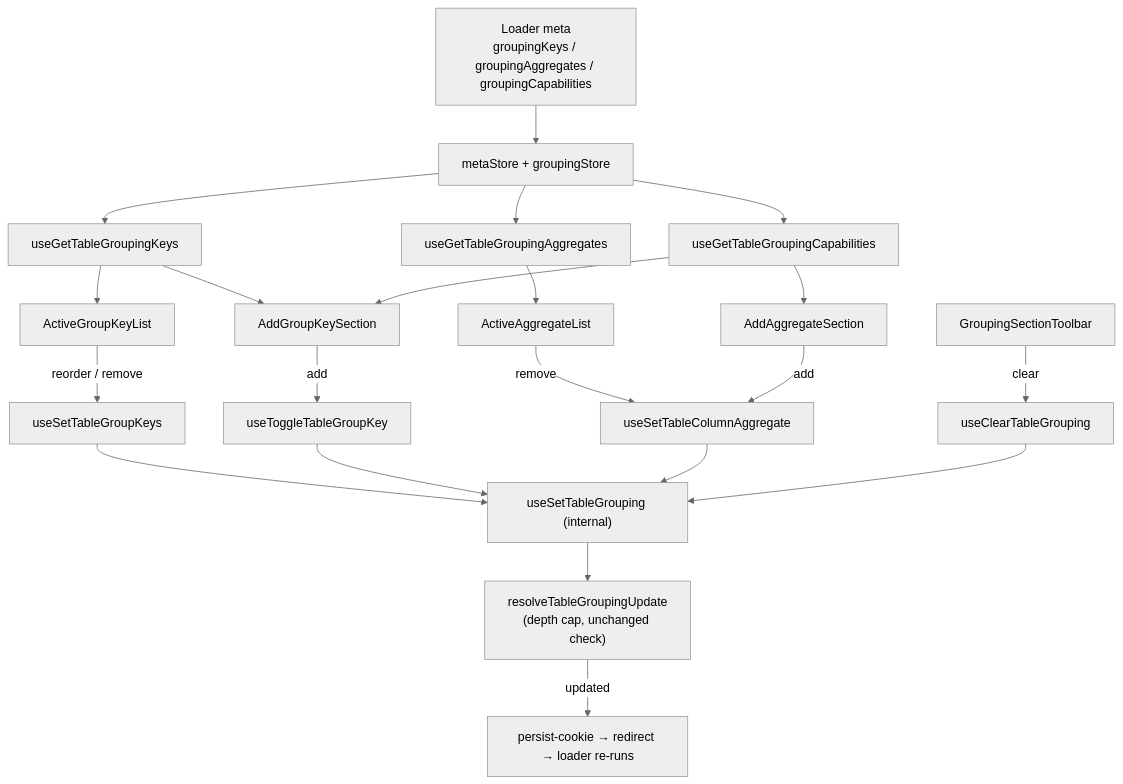
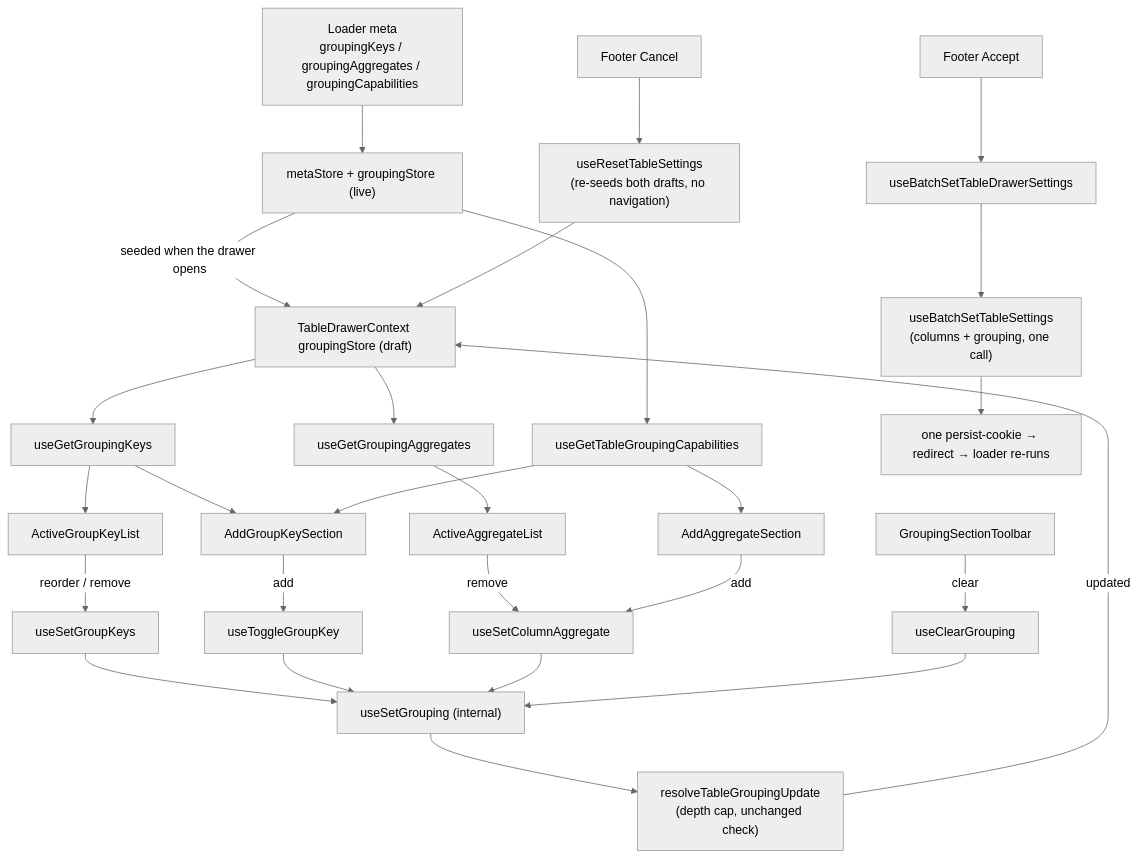
One commit to luciocabrera/lcabrera-stack changed the diagram in packages/ui/src/components/Table/TableSettingsDrawer/GroupingSection/ARCHITECTURE.md. Above: the diagram before and after it, drawn with Mermaid (neutral theme). The commit also changed other lines of this file and 45 other files, not shown here.

First line of the commit message:
fix(ui): stage grouping drawer edits and commit them on Accept (#655)

````diff
--- a/packages/ui/src/components/Table/TableSettingsDrawer/GroupingSection/ARCHITECTURE.md
+++ b/packages/ui/src/components/Table/TableSettingsDrawer/GroupingSection/ARCHITECTURE.md
@@ -51,26 +69,33 @@
 ```mermaid
 flowchart TD
-  A["Loader meta<br/>groupingKeys / groupingAggregates / groupingCapabilities"] --> B["metaStore + groupingStore"]
-  B --> C["useGetTableGroupingKeys"]
-  B --> D["useGetTableGroupingAggregates"]
+  A["Loader meta<br/>groupingKeys / groupingAggregates / groupingCapabilities"] --> B["metaStore + groupingStore (live)"]
+  B -->|"seeded when the drawer opens"| B2["TableDrawerContext groupingStore (draft)"]
+  B2 --> C["useGetGroupingKeys"]
+  B2 --> D["useGetGroupingAggregates"]
   B --> E["useGetTableGroupingCapabilities"]
 
   C --> F["ActiveGroupKeyList"]
   C --> G["AddGroupKeySection"]
   D --> H["ActiveAggregateList"]
   E --> I["AddAggregateSection"]
   E --> G
 
-  F -->|reorder / remove| J["useSetTableGroupKeys"]
-  G -->|add| K["useToggleTableGroupKey"]
-  H -->|remove| L["useSetTableColumnAggregate"]
+  F -->|reorder / remove| J["useSetGroupKeys"]
+  G -->|add| K["useToggleGroupKey"]
+  H -->|remove| L["useSetColumnAggregate"]
   I -->|add| L
-  M["GroupingSectionToolbar"] -->|clear| N["useClearTableGrouping"]
+  M["GroupingSectionToolbar"] -->|clear| N["useClearGrouping"]
 
-  J --> O["useSetTableGrouping (internal)"]
+  J --> O["useSetGrouping (internal)"]
   K --> O
   L --> O
   N --> O
   O --> P["resolveTableGroupingUpdate<br/>(depth cap, unchanged check)"]
-  P -->|updated| Q["persist-cookie → redirect → loader re-runs"]
+  P -->|updated| B2
+
+  R["Footer Accept"] --> S["useBatchSetTableDrawerSettings"]
+  S --> T["useBatchSetTableSettings<br/>(columns + grouping, one call)"]
+  T --> U["one persist-cookie → redirect → loader re-runs"]
+  V["Footer Cancel"] --> W["useResetTableSettings<br/>(re-seeds both drafts, no navigation)"]
+  W --> B2
 ```
````
